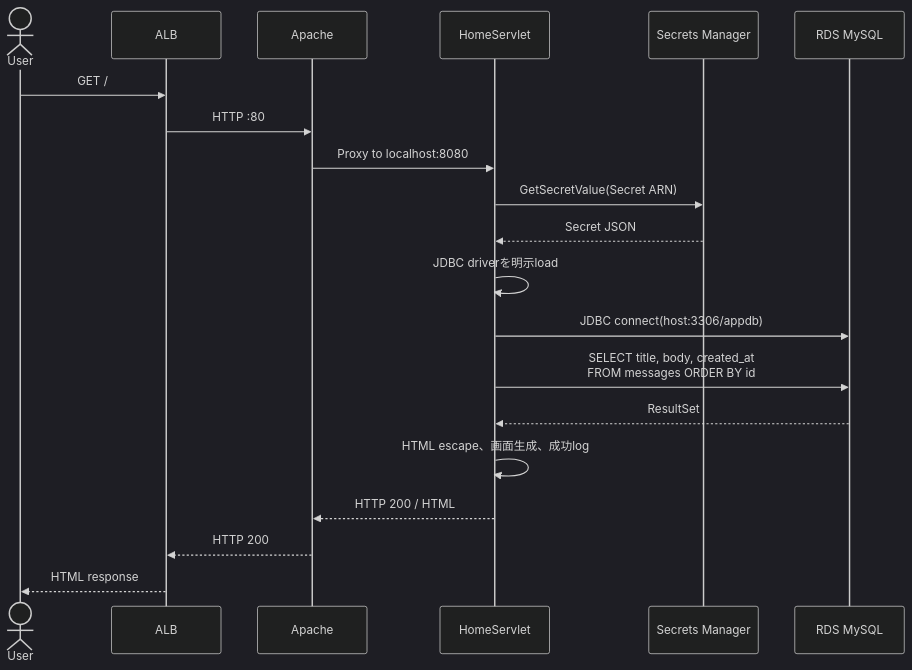
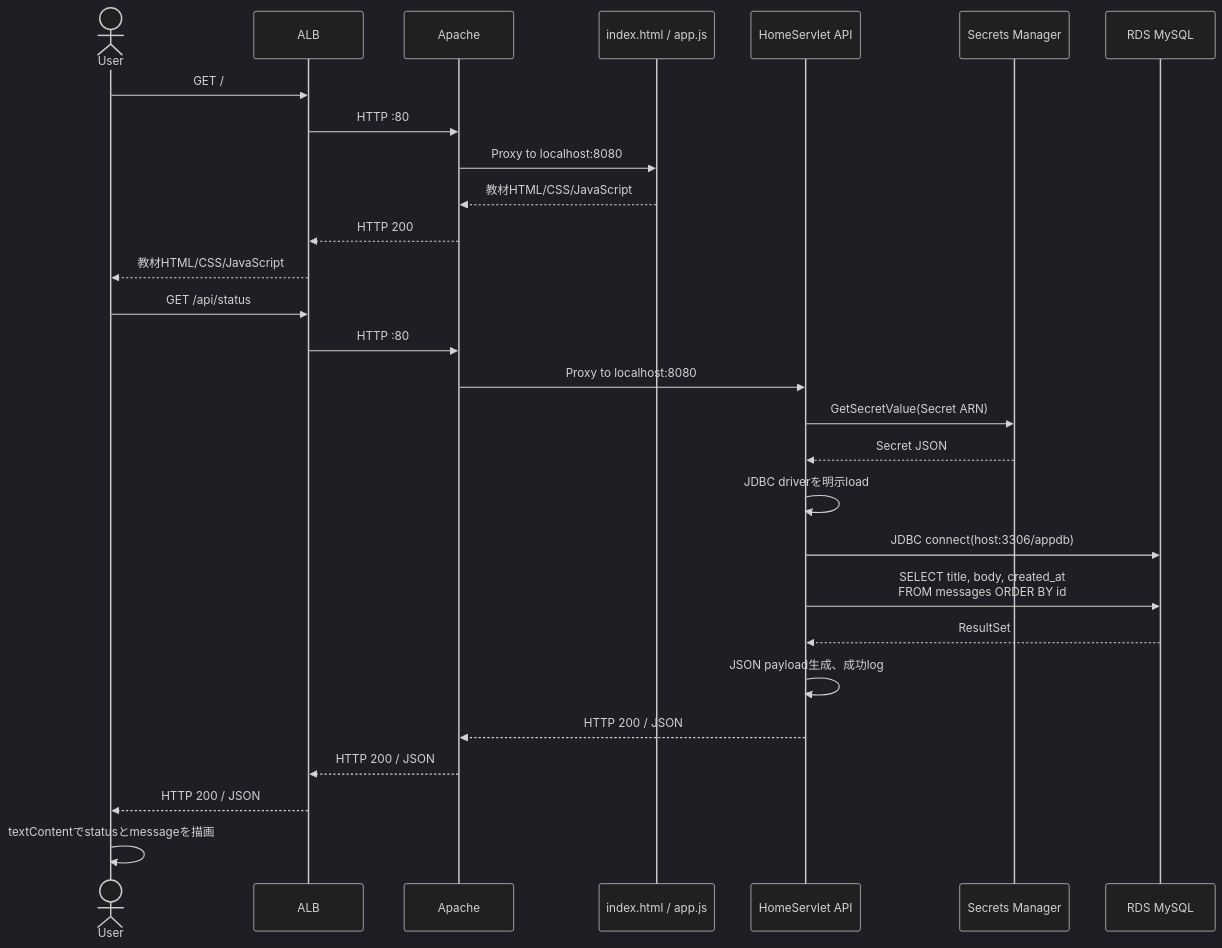
One commit to deutch6122/aws-learning-web-20260902 changed the second of 3 diagrams in docs/application-database-design.md. Above: the diagram before and after it, drawn with Mermaid (dark theme). The commit also changed other lines of this file and 9 other files, not shown here.

````diff
--- a/docs/application-database-design.md
+++ b/docs/application-database-design.md
@@ -165,23 +173,31 @@
 ```mermaid
 sequenceDiagram
   actor User
   participant ALB
   participant Apache
-  participant Servlet as HomeServlet
+  participant Static as index.html / app.js
+  participant Servlet as HomeServlet API
   participant SM as Secrets Manager
   participant RDS as RDS MySQL
 
   User->>ALB: GET /
+  ALB->>Apache: HTTP :80
+  Apache->>Static: Proxy to localhost:8080
+  Static-->>Apache: 教材HTML/CSS/JavaScript
+  Apache-->>ALB: HTTP 200
+  ALB-->>User: 教材HTML/CSS/JavaScript
+  User->>ALB: GET /api/status
   ALB->>Apache: HTTP :80
   Apache->>Servlet: Proxy to localhost:8080
   Servlet->>SM: GetSecretValue(Secret ARN)
   SM-->>Servlet: Secret JSON
   Servlet->>Servlet: JDBC driverを明示load
   Servlet->>RDS: JDBC connect(host:3306/appdb)
   Servlet->>RDS: SELECT title, body, created_at<br/>FROM messages ORDER BY id
   RDS-->>Servlet: ResultSet
-  Servlet->>Servlet: HTML escape、画面生成、成功log
-  Servlet-->>Apache: HTTP 200 / HTML
-  Apache-->>ALB: HTTP 200
-  ALB-->>User: HTML response
+  Servlet->>Servlet: JSON payload生成、成功log
+  Servlet-->>Apache: HTTP 200 / JSON
+  Apache-->>ALB: HTTP 200 / JSON
+  ALB-->>User: HTTP 200 / JSON
+  User->>User: textContentでstatusとmessageを描画
 ```
````
